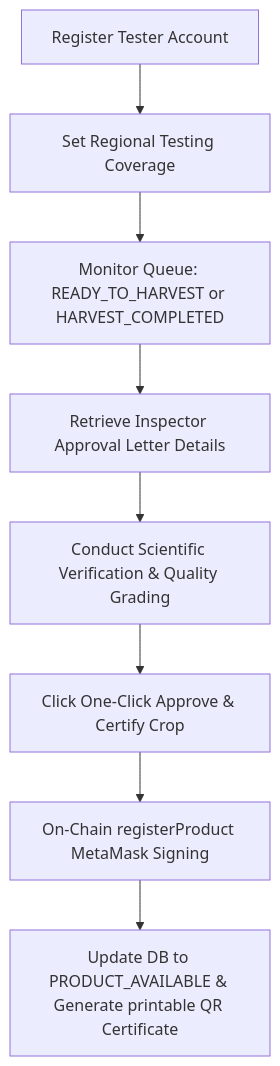
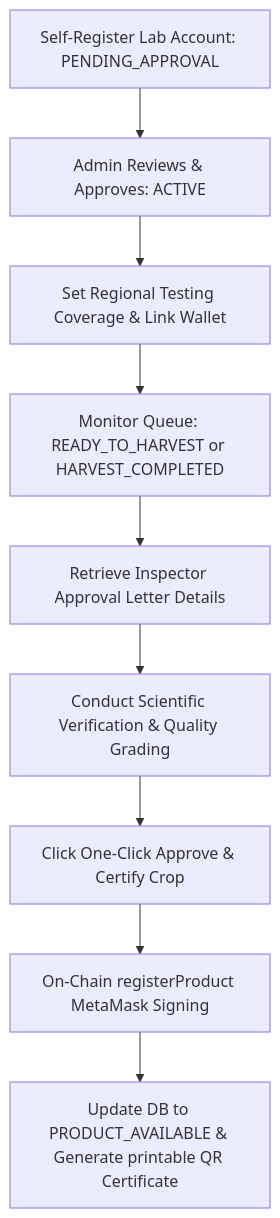
Before and after one commit to Vedansh-Harish-Ail/AgroChain: the fourth of 7 diagrams in workflow.md, drawn with Mermaid. The commit also changed other lines of this file and 20 other files, not shown here.

Commit message:
feat: implement comprehensive admin dashboard and backend service modules for user management and quality auditing

````diff
--- a/workflow.md
+++ b/workflow.md
@@ -137,10 +137,11 @@
 ```mermaid
 graph TD
-    A[Register Tester Account] --> B[Set Regional Testing Coverage]
-    B --> C[Monitor Queue: READY_TO_HARVEST or HARVEST_COMPLETED]
-    C --> D[Retrieve Inspector Approval Letter Details]
-    D --> E[Conduct Scientific Verification & Quality Grading]
-    E --> F[Click One-Click Approve & Certify Crop]
-    F --> G[On-Chain registerProduct MetaMask Signing]
-    G --> H[Update DB to PRODUCT_AVAILABLE & Generate printable QR Certificate]
+    A[Self-Register Lab Account: PENDING_APPROVAL] --> B[Admin Reviews & Approves: ACTIVE]
+    B --> C[Set Regional Testing Coverage & Link Wallet]
+    C --> D[Monitor Queue: READY_TO_HARVEST or HARVEST_COMPLETED]
+    D --> E[Retrieve Inspector Approval Letter Details]
+    E --> F[Conduct Scientific Verification & Quality Grading]
+    F --> G[Click One-Click Approve & Certify Crop]
+    G --> H[On-Chain registerProduct MetaMask Signing]
+    H --> I[Update DB to PRODUCT_AVAILABLE & Generate printable QR Certificate]
 ```
````
